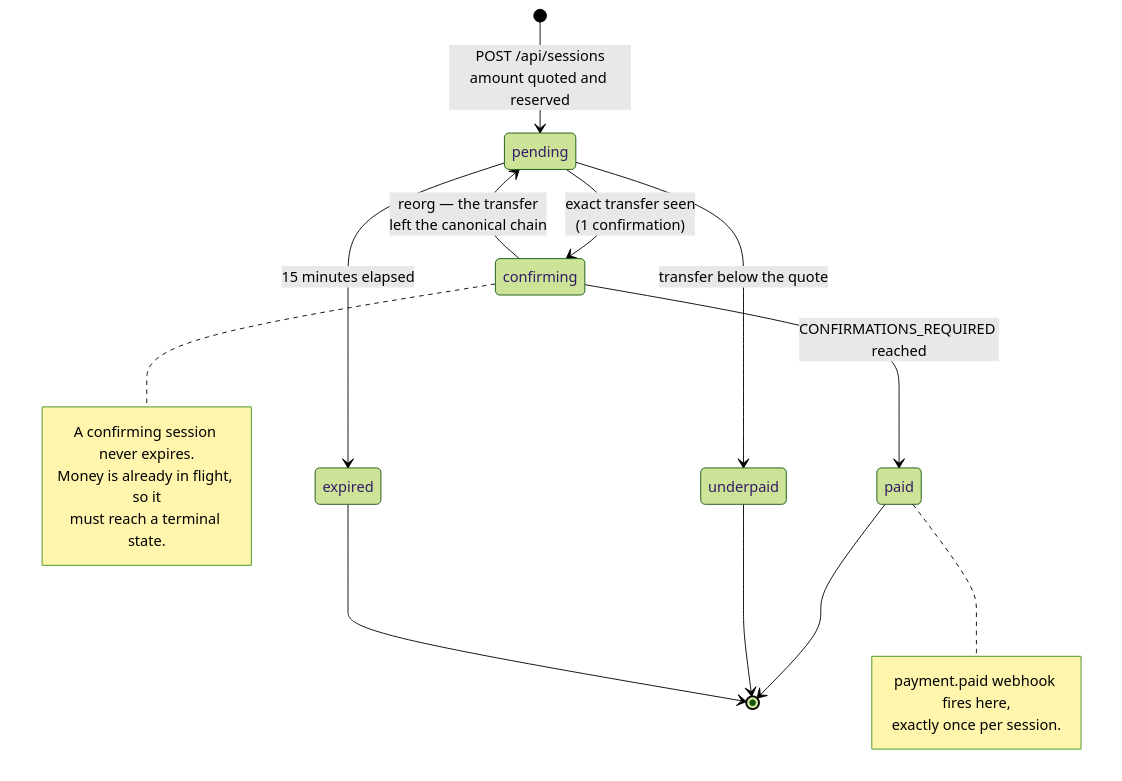
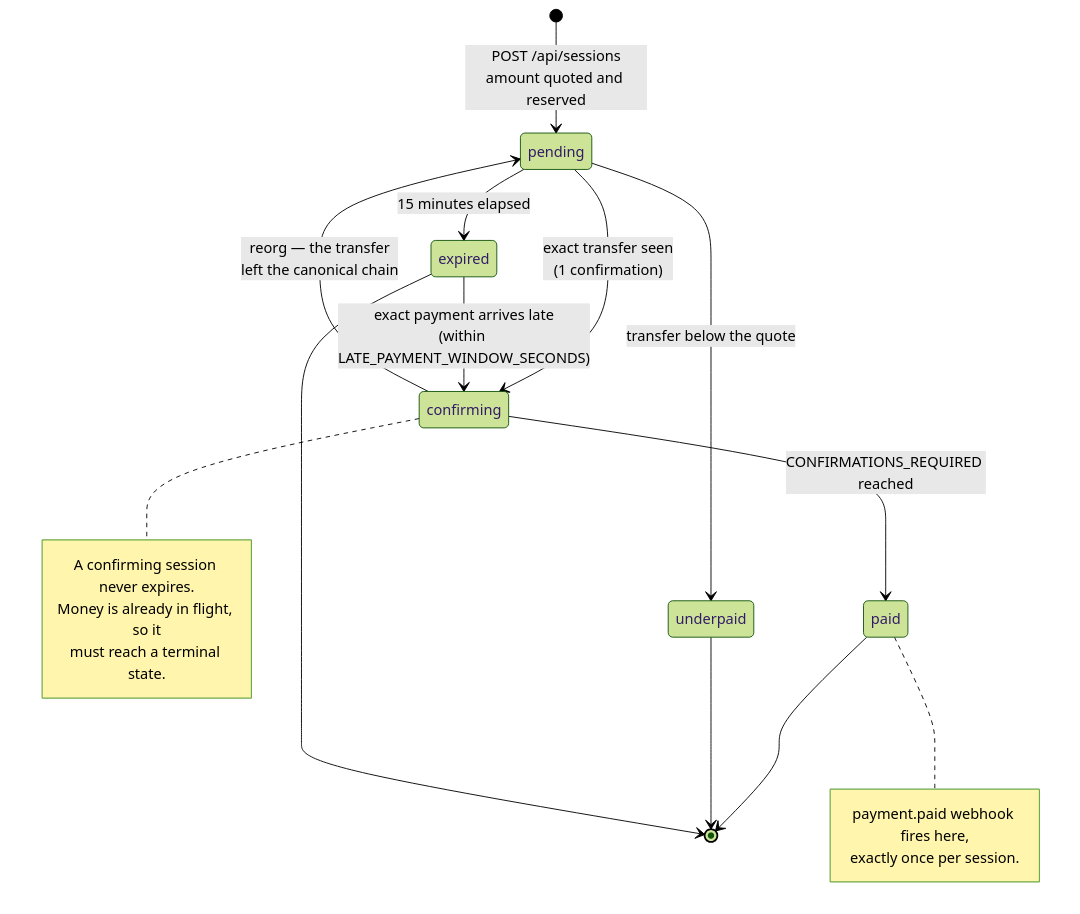
The second of 2 diagrams in basepay/README.md (rugbusteraipatrol/RugBuster-BNB), drawn with Mermaid (forest theme) before and after one commit. The commit also changed other lines of this file and 11 other files, not shown here.

````diff
--- a/basepay/README.md
+++ b/basepay/README.md
@@ -173,26 +173,27 @@
 ```mermaid
 stateDiagram-v2
     [*] --> pending: POST /api/sessions<br/>amount quoted and reserved
 
     pending --> confirming: exact transfer seen<br/>(1 confirmation)
     pending --> underpaid: transfer below the quote
     pending --> expired: 15 minutes elapsed
+    expired --> confirming: exact payment arrives late<br/>(within LATE_PAYMENT_WINDOW_SECONDS)
 
     confirming --> paid: CONFIRMATIONS_REQUIRED reached
     confirming --> pending: reorg — the transfer<br/>left the canonical chain
 
     paid --> [*]
     underpaid --> [*]
     expired --> [*]
 
     note right of confirming
         A confirming session never expires.
         Money is already in flight, so it
         must reach a terminal state.
     end note
 
     note right of paid
         payment.paid webhook fires here,
         exactly once per session.
     end note
 ```
````
